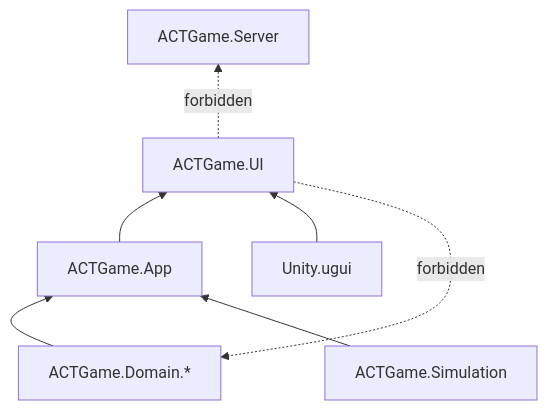
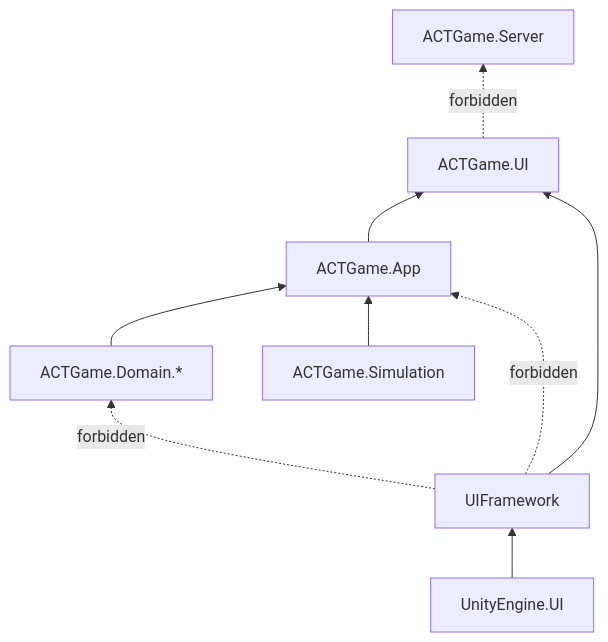
One commit to diosamacao/DiavoloGame changed the second of 2 diagrams in docs/2026.9.19/UI_FRAMEWORK_PLAN.md. Above: the diagram before and after it, drawn with Mermaid. The commit also changed other lines of this file and 5 other files, not shown here.

````diff
--- a/docs/2026.9.19/UI_FRAMEWORK_PLAN.md
+++ b/docs/2026.9.19/UI_FRAMEWORK_PLAN.md
@@ -168,9 +174,11 @@
 ```mermaid
 flowchart BT
     Domain["ACTGame.Domain.*"] --> App["ACTGame.App"]
     Simulation["ACTGame.Simulation"] --> App
+    UnityUGUI["UnityEngine.UI"] --> Framework["UIFramework"]
     App --> UI["ACTGame.UI"]
-    UGUI["Unity.ugui"] --> UI
-    UI -. forbidden .-> Domain
+    Framework --> UI
+    Framework -. forbidden .-> App
+    Framework -. forbidden .-> Domain
     UI -. forbidden .-> Server["ACTGame.Server"]
 ```
````
